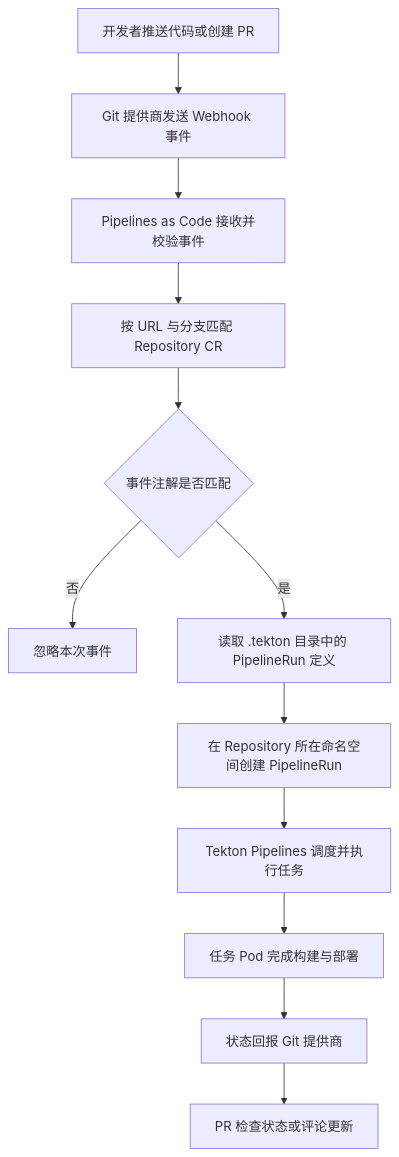
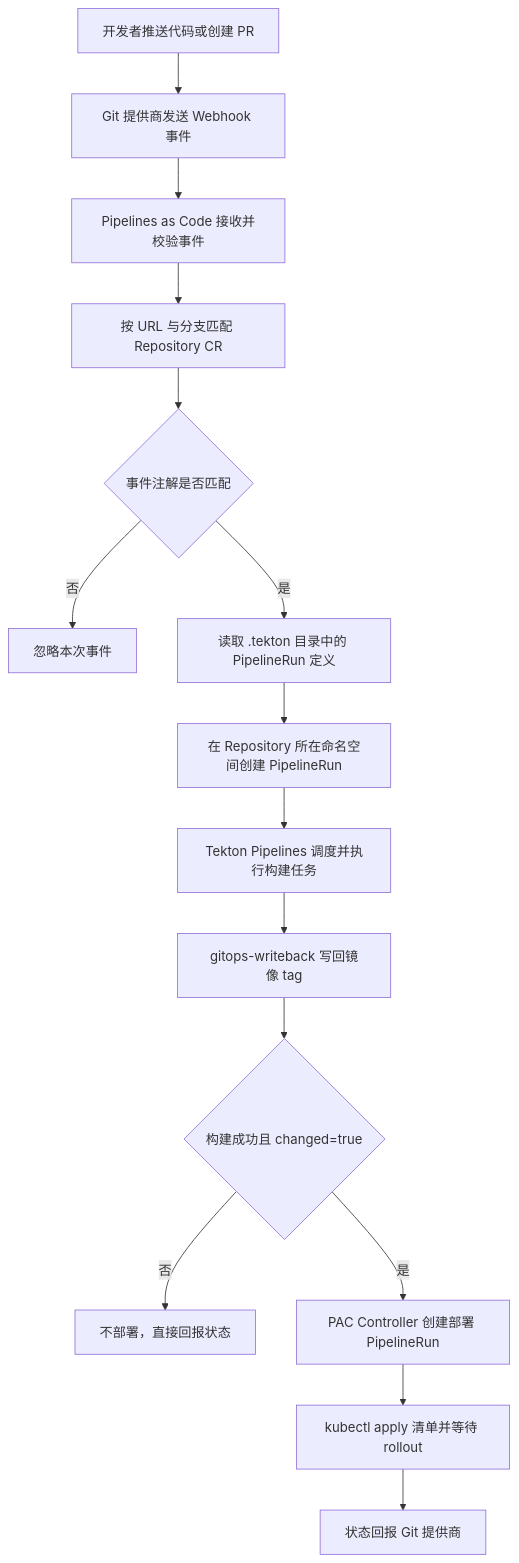
One commit to kube-do/kdo changed the diagram in docs/dev/applications/pipelines-as-code/index.md. Above: the diagram before and after it, drawn with Mermaid. The commit also changed other lines of this file and 7 other files, not shown here.

````diff
--- a/docs/dev/applications/pipelines-as-code/index.md
+++ b/docs/dev/applications/pipelines-as-code/index.md
@@ -60,14 +62,17 @@
 ```mermaid
 flowchart TD
     A[开发者推送代码或创建 PR] --> B[Git 提供商发送 Webhook 事件]
     B --> C[Pipelines as Code 接收并校验事件]
     C --> D[按 URL 与分支匹配 Repository CR]
     D --> E{事件注解是否匹配}
     E -->|否| F[忽略本次事件]
     E -->|是| G[读取 .tekton 目录中的 PipelineRun 定义]
     G --> H[在 Repository 所在命名空间创建 PipelineRun]
-    H --> I[Tekton Pipelines 调度并执行任务]
-    I --> J[任务 Pod 完成构建与部署]
-    J --> K[状态回报 Git 提供商]
-    K --> L[PR 检查状态或评论更新]
+    H --> I[Tekton Pipelines 调度并执行构建任务]
+    I --> J[gitops-writeback 写回镜像 tag]
+    J --> K{构建成功且 changed=true}
+    K -->|否| L[不部署，直接回报状态]
+    K -->|是| M[PAC Controller 创建部署 PipelineRun]
+    M --> N[kubectl apply 清单并等待 rollout]
+    N --> O[状态回报 Git 提供商]
 ```
````
